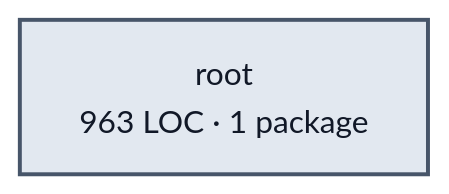
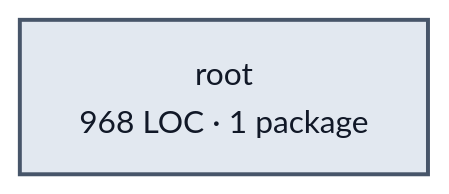
Before and after one commit to portpowered/you-agent-factory: the diagram in docs/architecture/visualizations/services/edges.md, drawn with Mermaid (neutral theme). The commit also changed other lines of this file and 20 other files, not shown here.

Commit message:
docs: refresh backend architecture visualizations

````diff
--- a/docs/architecture/visualizations/services/edges.md
+++ b/docs/architecture/visualizations/services/edges.md
@@ -11,5 +11,5 @@
 ```mermaid
 flowchart LR
-  p0["root<br/>963 LOC · 1 package"]
+  p0["root<br/>968 LOC · 1 package"]
   style p0 fill:#e2e8f0,stroke:#475569,stroke-width:2px,color:#111827
 ```
````
